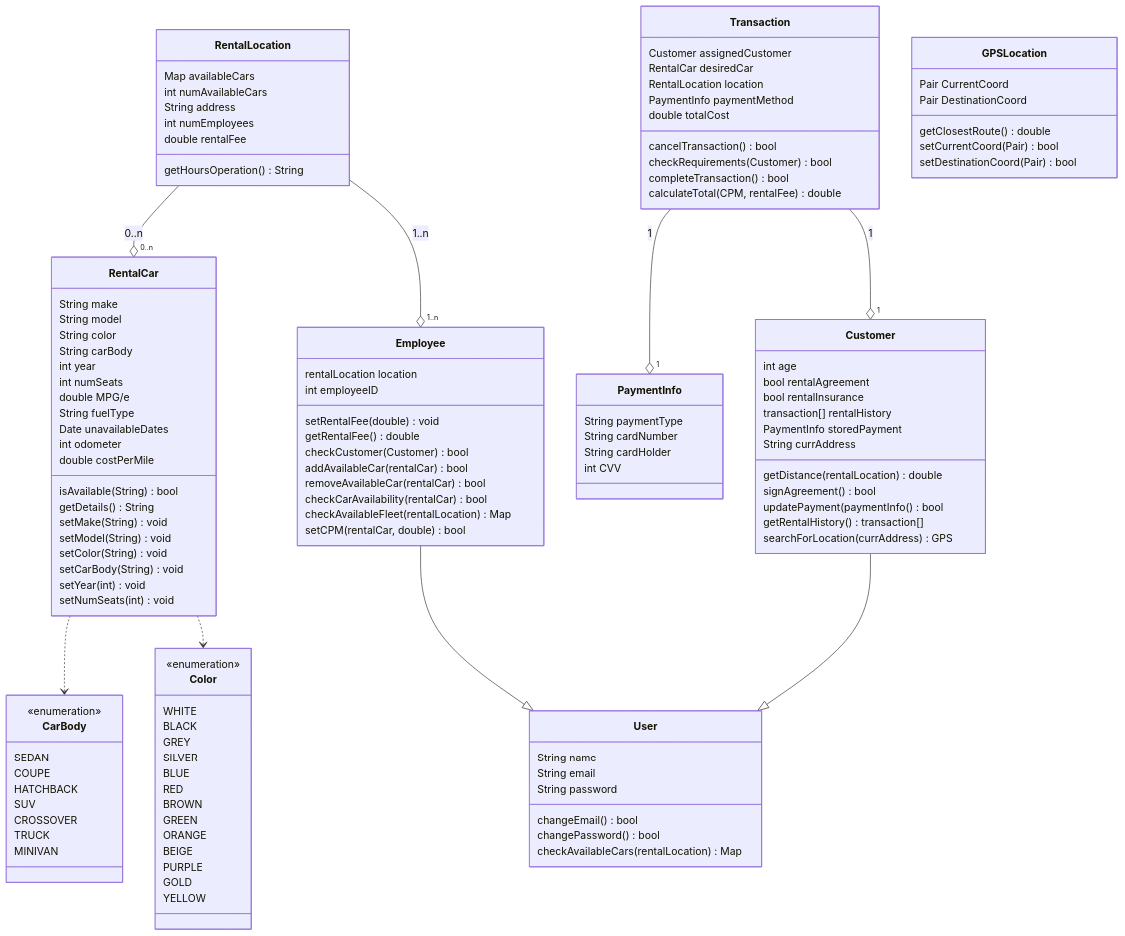
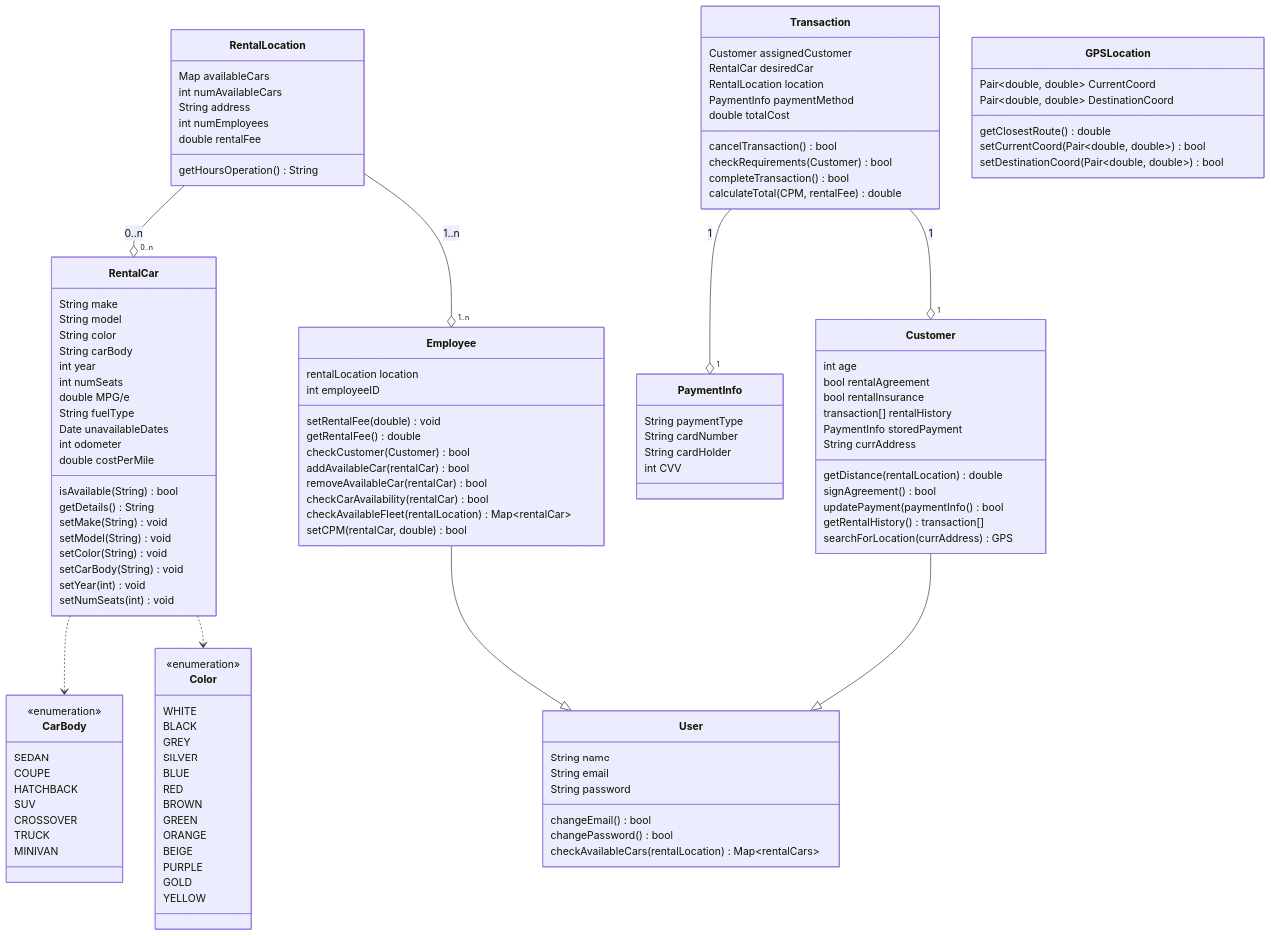
The diagram in UML Car Rental.md (bczuniga/CS250-Sp23-Group13), drawn with Mermaid before and after one commit.

Commit message:
Fixed generic syntax

```diff
--- a/UML Car Rental.md
+++ b/UML Car Rental.md
@@ -21,7 +21,7 @@
         
         changeEmail() bool
         changePassword() bool
-        checkAvailableCars(rentalLocation) Map<rentalCars>
+        checkAvailableCars(rentalLocation) Map~rentalCars~
     }
 
     class Customer {
@@ -49,7 +49,7 @@
         addAvailableCar(rentalCar) bool
         removeAvailableCar(rentalCar) bool
         checkCarAvailability(rentalCar) bool
-        checkAvailableFleet(rentalLocation) Map<rentalCar>
+        checkAvailableFleet(rentalLocation) Map~rentalCar~
         setCPM(rentalCar, double) bool
     }
 
@@ -107,12 +107,12 @@
     }
     
     class GPSLocation {
-        Pair<double, double> CurrentCoord
-        Pair<double, double> DestinationCoord
+        Pair~double, double~ CurrentCoord
+        Pair~double, double~ DestinationCoord
         
         getClosestRoute() double
-        setCurrentCoord(Pair<double, double>) bool
-        setDestinationCoord(Pair<double, double>) bool
+        setCurrentCoord(Pair~double, double~) bool
+        setDestinationCoord(Pair~double, double~) bool
     }
     
     class CarBody {
```
